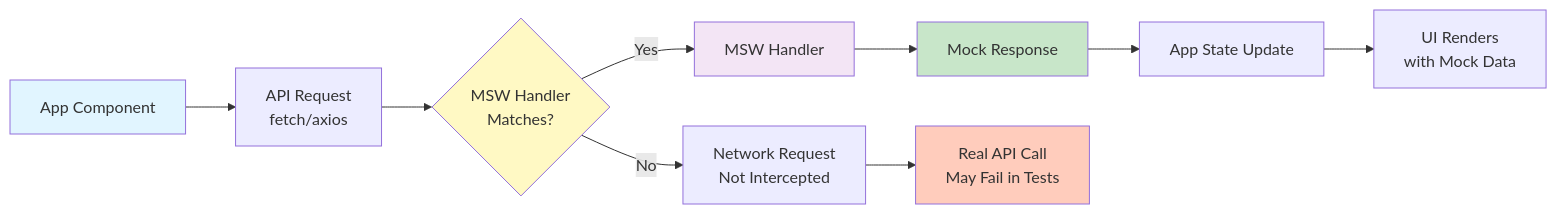
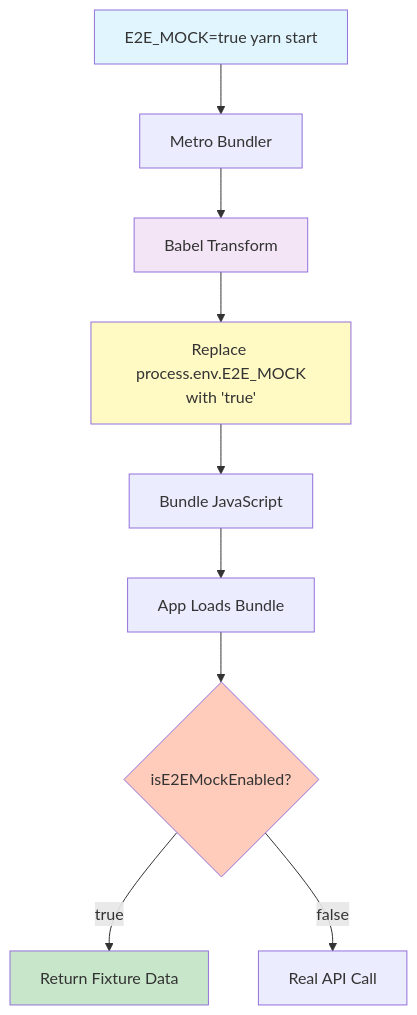
One commit to warrendeleon/rn-warrendeleon changed the third of 3 diagrams in docs/E2E_TESTING.md. Above: the diagram before and after it, drawn with Mermaid. The commit also changed other lines of this file and 24 other files, not shown here.

First line of the commit message:
♻️ refactor(e2e): migrate from MSW to Metro runtime mocking with Mock Status screen

````diff
--- a/docs/E2E_TESTING.md
+++ b/docs/E2E_TESTING.md
@@ -566,17 +540,17 @@
 ```mermaid
-graph LR
-    A[App Component] --> B[API Request<br/>fetch/axios]
-    B --> C{MSW Handler<br/>Matches?}
-    C -->|Yes| D[MSW Handler]
-    C -->|No| E[Network Request<br/>Not Intercepted]
-    D --> F[Mock Response]
-    F --> G[App State Update]
-    G --> H[UI Renders<br/>with Mock Data]
-    E --> I[Real API Call<br/>May Fail in Tests]
+graph TD
+    A[E2E_MOCK=true yarn start] --> B[Metro Bundler]
+    B --> C[Babel Transform]
+    C --> D[Replace process.env.E2E_MOCK<br/>with 'true']
+    D --> E[Bundle JavaScript]
+    E --> F[App Loads Bundle]
+    F --> G{isE2EMockEnabled?}
+    G -->|true| H[Return Fixture Data]
+    G -->|false| I[Real API Call]
 
     style A fill:#e1f5ff
-    style C fill:#fff9c4
-    style D fill:#f3e5f5
-    style F fill:#c8e6c9
-    style I fill:#ffccbc
+    style C fill:#f3e5f5
+    style D fill:#fff9c4
+    style G fill:#ffccbc
+    style H fill:#c8e6c9
 ```
````
